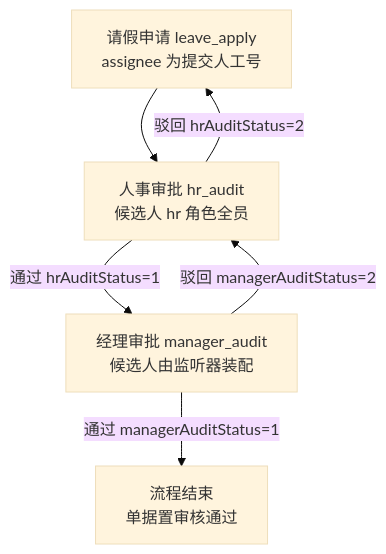
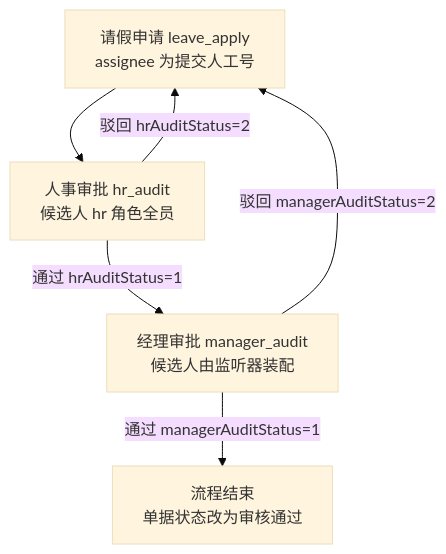
The second of 2 diagrams in docs/note/15-Flowable流程实现.md (quuuuj/hrm), drawn with Mermaid (base theme) before and after one commit. The commit also changed other lines of this file and 68 other files, not shown here.

````diff
--- a/docs/note/15-Flowable流程实现.md
+++ b/docs/note/15-Flowable流程实现.md
@@ -108,8 +108,8 @@
 ```mermaid
 flowchart TD
     Apply["请假申请 leave_apply<br/>assignee 为提交人工号"] --> Hr["人事审批 hr_audit<br/>候选人 hr 角色全员"]
     Hr -->|"通过 hrAuditStatus=1"| Mgr["经理审批 manager_audit<br/>候选人由监听器装配"]
-    Mgr -->|"通过 managerAuditStatus=1"| End["流程结束<br/>单据置审核通过"]
+    Mgr -->|"通过 managerAuditStatus=1"| End["流程结束<br/>单据状态改为审核通过"]
     Hr -->|"驳回 hrAuditStatus=2"| Apply
-    Mgr -->|"驳回 managerAuditStatus=2"| Hr
+    Mgr -->|"驳回 managerAuditStatus=2"| Apply
 ```
````
